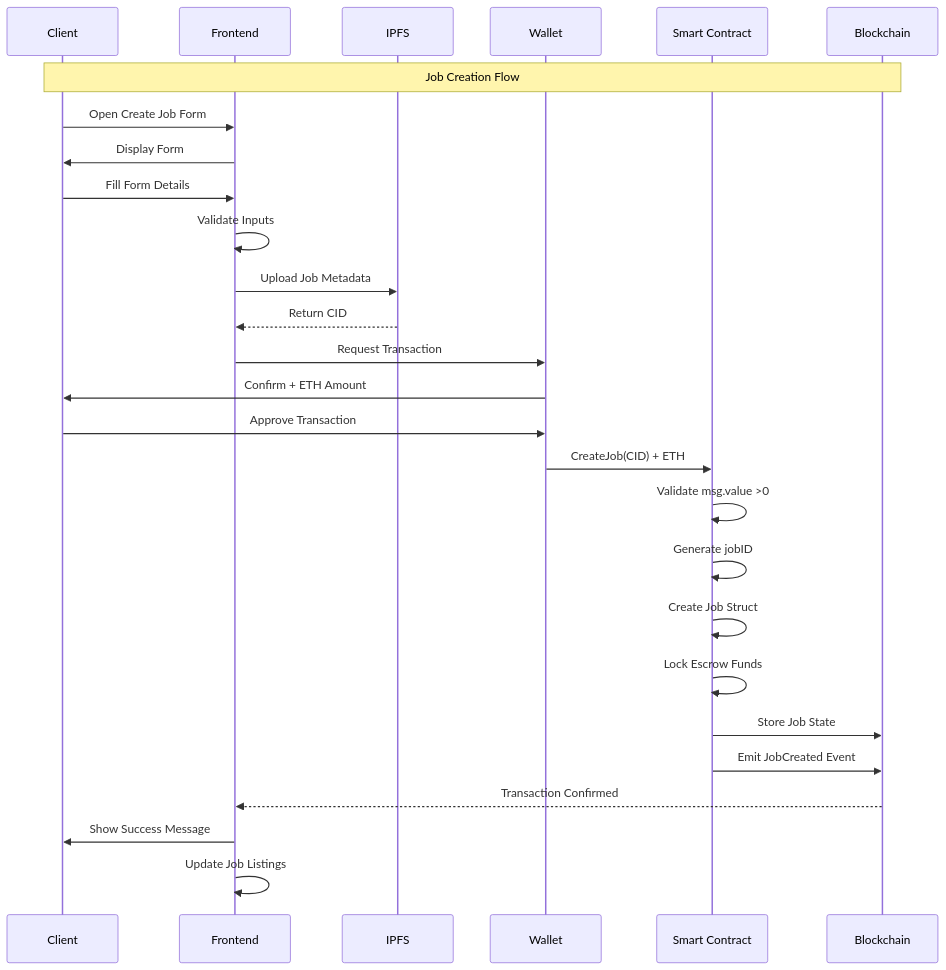
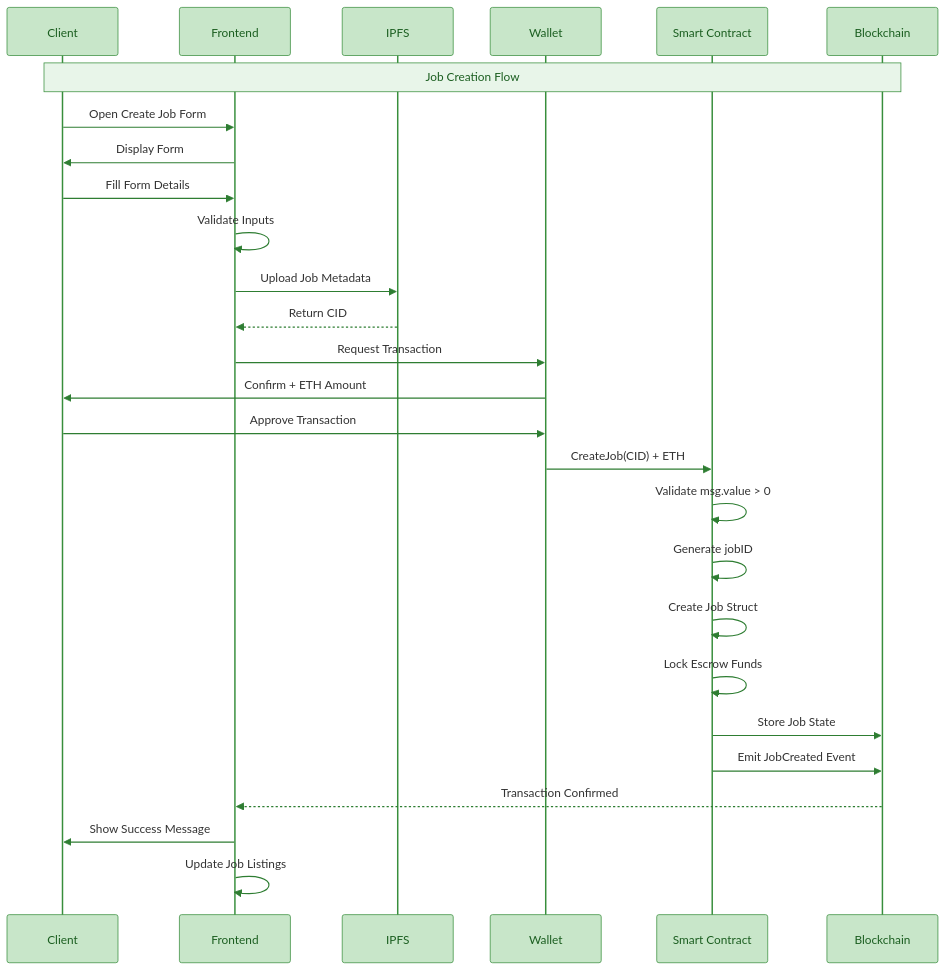
One commit to AvadhootSmart/SkillChain changed the diagram in report/diagrams/sequence_diagram.mmd. Above: the diagram before and after it, drawn with Mermaid. The commit also changed 27 other files, not shown here.

First line of the commit message:
report: update diagrams, cover page, abstract; add root .gitignore

```diff
--- a/report/diagrams/sequence_diagram.mmd
+++ b/report/diagrams/sequence_diagram.mmd
@@ -1,34 +1,52 @@
+%%{init: {'theme': 'base', 'themeVariables': {
+    'actorBkg': '#c8e6c9',
+    'actorBorder': '#388e3c',
+    'actorTextColor': '#1b5e20',
+    'actorLineColor': '#388e3c',
+    'signalColor': '#2e7d32',
+    'signalTextColor': '#333333',
+    'labelBoxBkgColor': '#e8f5e9',
+    'labelBoxBorderColor': '#388e3c',
+    'labelTextColor': '#1b5e20',
+    'noteBkgColor': '#e8f5e9',
+    'noteBorderColor': '#388e3c',
+    'noteTextColor': '#1b5e20',
+    'activationBkgColor': '#a5d6a7',
+    'activationBorderColor': '#2e7d32',
+    'loopTextColor': '#1b5e20',
+    'fontSize': '14px'
+}}}%%
 sequenceDiagram
     participant C as Client
     participant F as Frontend
     participant I as IPFS
     participant W as Wallet
     participant S as Smart Contract
     participant B as Blockchain
 
     Note over C,B: Job Creation Flow
-    
+
     C->>F: Open Create Job Form
     F->>C: Display Form
     C->>F: Fill Form Details
     F->>F: Validate Inputs
-    
+
     F->>I: Upload Job Metadata
     I-->>F: Return CID
-    
+
     F->>W: Request Transaction
     W->>C: Confirm + ETH Amount
     C->>W: Approve Transaction
-    
+
     W->>S: CreateJob(CID) + ETH
-    S->>S: Validate msg.value >0
+    S->>S: Validate msg.value > 0
     S->>S: Generate jobID
     S->>S: Create Job Struct
     S->>S: Lock Escrow Funds
-    
+
     S->>B: Store Job State
     S->>B: Emit JobCreated Event
-    
+
     B-->>F: Transaction Confirmed
     F->>C: Show Success Message
     F->>F: Update Job Listings
```
